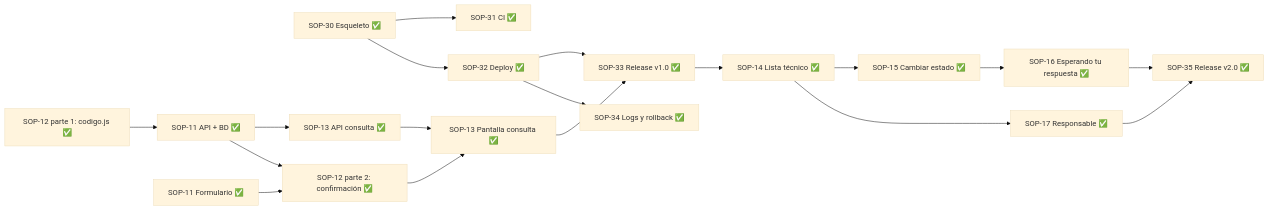
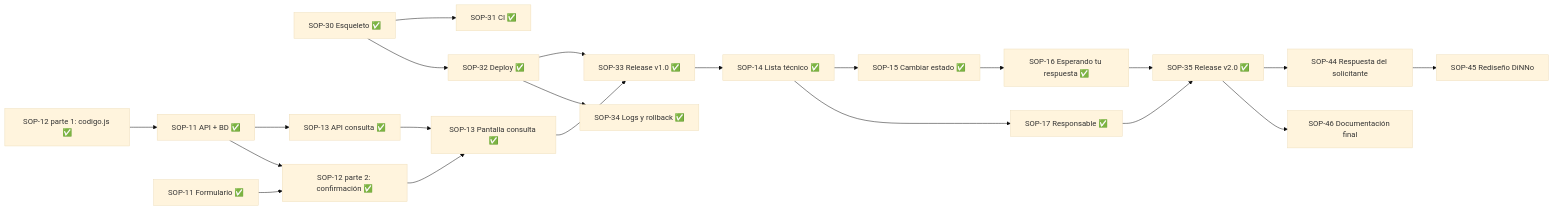
One commit to plag-soporte-eci/siguetucaso changed the diagram in AGENTS.md. Above: the diagram before and after it, drawn with Mermaid (base theme). The commit also changed other lines of this file and 3 other files, not shown here.

Commit message:
SOP-46 renueva el README y actualiza AGENTS.md, CONTRIBUTING y la DoD al cierre del proyecto (#26)

````diff
--- a/AGENTS.md
+++ b/AGENTS.md
@@ -183,20 +189,23 @@
 ```mermaid
 flowchart LR
   S30[SOP-30 Esqueleto ✅] --> S31[SOP-31 CI ✅]
   S30 --> S32[SOP-32 Deploy ✅]
   S12a[SOP-12 parte 1: codigo.js ✅] --> S11b[SOP-11 API + BD ✅]
   S11b --> S13b[SOP-13 API consulta ✅]
   S11f[SOP-11 Formulario ✅] --> S12b[SOP-12 parte 2: confirmación ✅]
   S11b --> S12b
   S12b --> S13f[SOP-13 Pantalla consulta ✅]
   S13b --> S13f
   S13f --> S33[SOP-33 Release v1.0 ✅]
   S32 --> S33
   S33 --> S14[SOP-14 Lista técnico ✅]
   S14 --> S15[SOP-15 Cambiar estado ✅]
   S15 --> S16[SOP-16 Esperando tu respuesta ✅]
   S14 --> S17[SOP-17 Responsable ✅]
   S16 --> S35[SOP-35 Release v2.0 ✅]
   S17 --> S35
   S32 --> S34[SOP-34 Logs y rollback ✅]
+  S35 --> S44[SOP-44 Respuesta del solicitante]
+  S44 --> S45[SOP-45 Rediseño DiNNo]
+  S35 --> S46[SOP-46 Documentación final]
 ```
````
